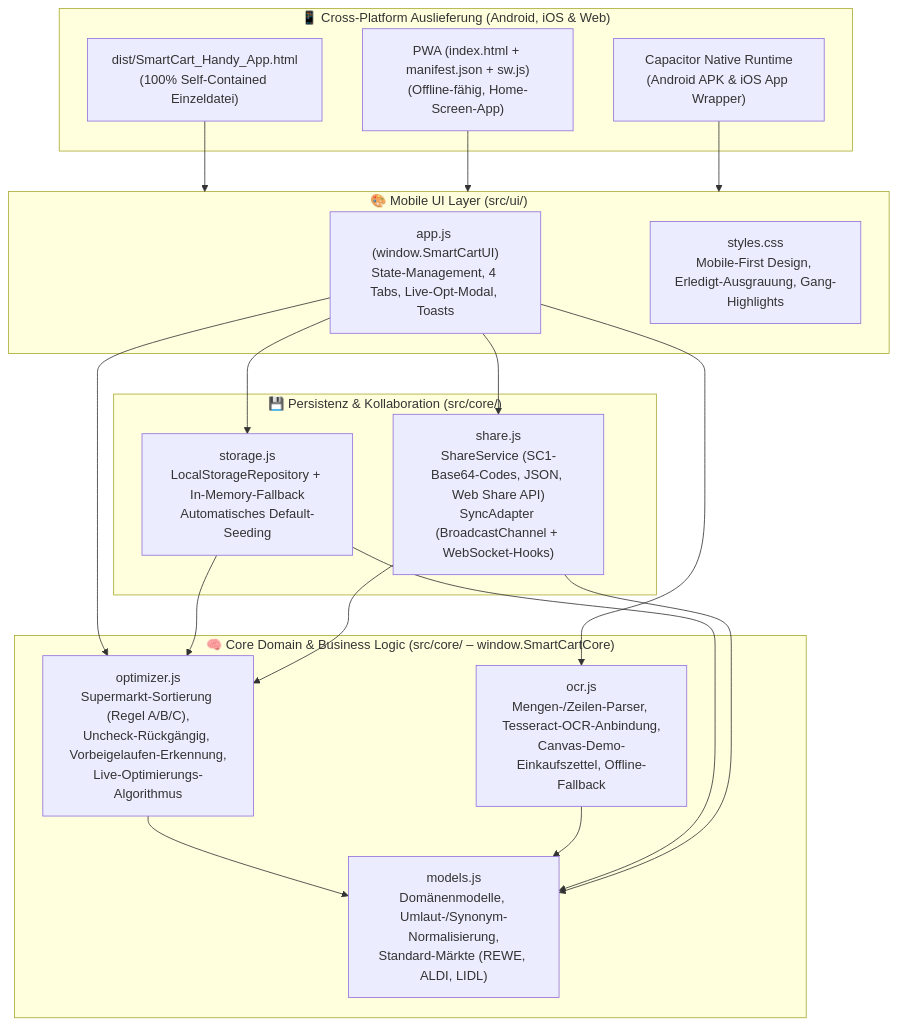
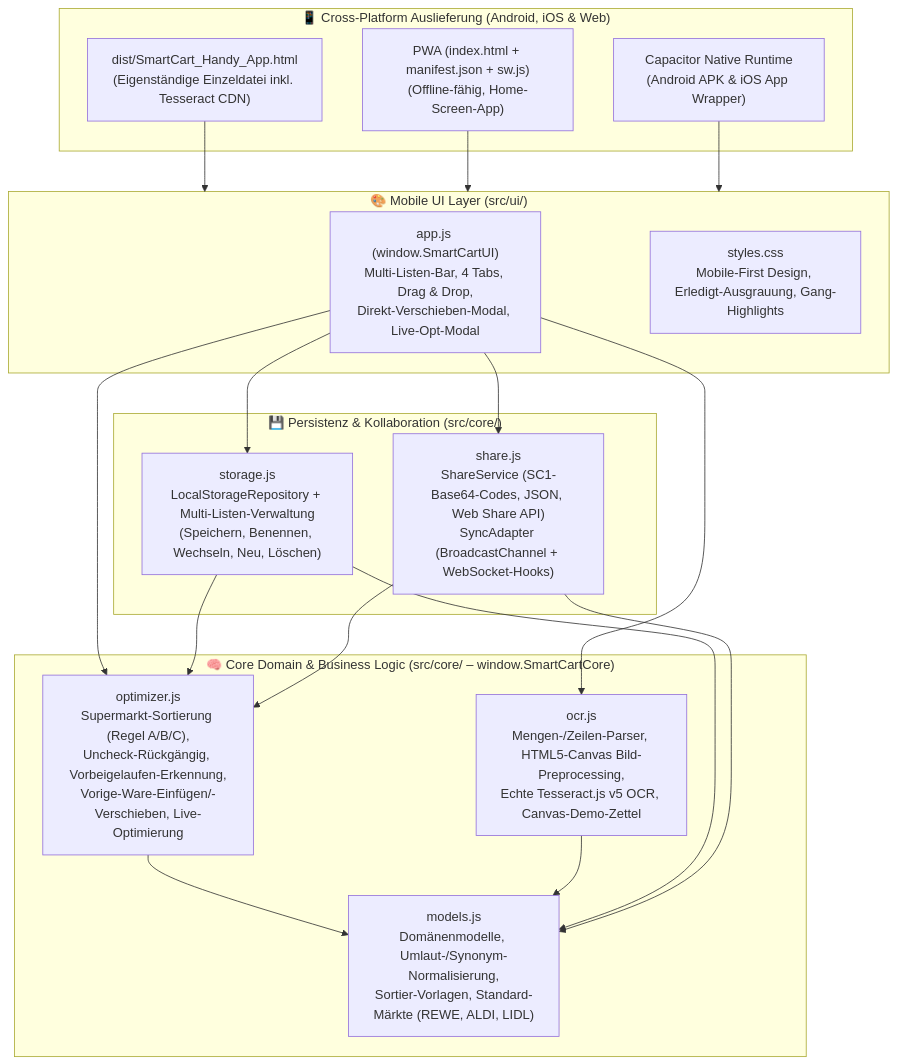
Before and after one commit to SunamTH/HandyEinkauf: the first of 3 diagrams in docs/ARCHITEKTUR_UND_DOKUMENTATION.md, drawn with Mermaid. The commit also changed other lines of this file and 17 other files, not shown here.

Commit message:
feat: real Tesseract OCR, named shopping lists, store sorting template & item positioning

````diff
--- a/docs/ARCHITEKTUR_UND_DOKUMENTATION.md
+++ b/docs/ARCHITEKTUR_UND_DOKUMENTATION.md
@@ -36,39 +38,39 @@
 ```mermaid
 flowchart TB
     subgraph CrossPlatform["📱 Cross-Platform Auslieferung (Android, iOS & Web)"]
-        Standalone["dist/SmartCart_Handy_App.html<br/>(100% Self-Contained Einzeldatei)"]
+        Standalone["dist/SmartCart_Handy_App.html<br/>(Eigenständige Einzeldatei inkl. Tesseract CDN)"]
         PWA["PWA (index.html + manifest.json + sw.js)<br/>(Offline-fähig, Home-Screen-App)"]
         Capacitor["Capacitor Native Runtime<br/>(Android APK & iOS App Wrapper)"]
     end
 
     subgraph UILayer["🎨 Mobile UI Layer (src/ui/)"]
-        AppJS["app.js (window.SmartCartUI)<br/>State-Management, 4 Tabs, Live-Opt-Modal, Toasts"]
+        AppJS["app.js (window.SmartCartUI)<br/>Multi-Listen-Bar, 4 Tabs, Drag & Drop,<br/>Direkt-Verschieben-Modal, Live-Opt-Modal"]
         StylesCSS["styles.css<br/>Mobile-First Design, Erledigt-Ausgrauung, Gang-Highlights"]
     end
 
     subgraph CoreLayer["🧠 Core Domain & Business Logic (src/core/ – window.SmartCartCore)"]
-        Models["models.js<br/>Domänenmodelle, Umlaut-/Synonym-Normalisierung,<br/>Standard-Märkte (REWE, ALDI, LIDL)"]
-        Optimizer["optimizer.js<br/>Supermarkt-Sortierung (Regel A/B/C),<br/>Uncheck-Rückgängig, Vorbeigelaufen-Erkennung,<br/>Live-Optimierungs-Algorithmus"]
-        OCR["ocr.js<br/>Mengen-/Zeilen-Parser, Tesseract-OCR-Anbindung,<br/>Canvas-Demo-Einkaufszettel, Offline-Fallback"]
+        Models["models.js<br/>Domänenmodelle, Umlaut-/Synonym-Normalisierung,<br/>Sortier-Vorlagen, Standard-Märkte (REWE, ALDI, LIDL)"]
+        Optimizer["optimizer.js<br/>Supermarkt-Sortierung (Regel A/B/C),<br/>Uncheck-Rückgängig, Vorbeigelaufen-Erkennung,<br/>Vorige-Ware-Einfügen/-Verschieben, Live-Optimierung"]
+        OCR["ocr.js<br/>Mengen-/Zeilen-Parser, HTML5-Canvas Bild-Preprocessing,<br/>Echte Tesseract.js v5 OCR, Canvas-Demo-Zettel"]
     end
 
     subgraph InfraLayer["💾 Persistenz & Kollaboration (src/core/)"]
-        Storage["storage.js<br/>LocalStorageRepository + In-Memory-Fallback<br/>Automatisches Default-Seeding"]
+        Storage["storage.js<br/>LocalStorageRepository + Multi-Listen-Verwaltung<br/>(Speichern, Benennen, Wechseln, Neu, Löschen)"]
         Share["share.js<br/>ShareService (SC1-Base64-Codes, JSON, Web Share API)<br/>SyncAdapter (BroadcastChannel + WebSocket-Hooks)"]
     end
 
     Standalone --> UILayer
     PWA --> UILayer
     Capacitor --> UILayer
 
     AppJS --> Optimizer
     AppJS --> OCR
     AppJS --> Storage
     AppJS --> Share
     Optimizer --> Models
     OCR --> Models
     Storage --> Models
     Storage --> Optimizer
     Share --> Models
     Share --> Optimizer
 ```
````
